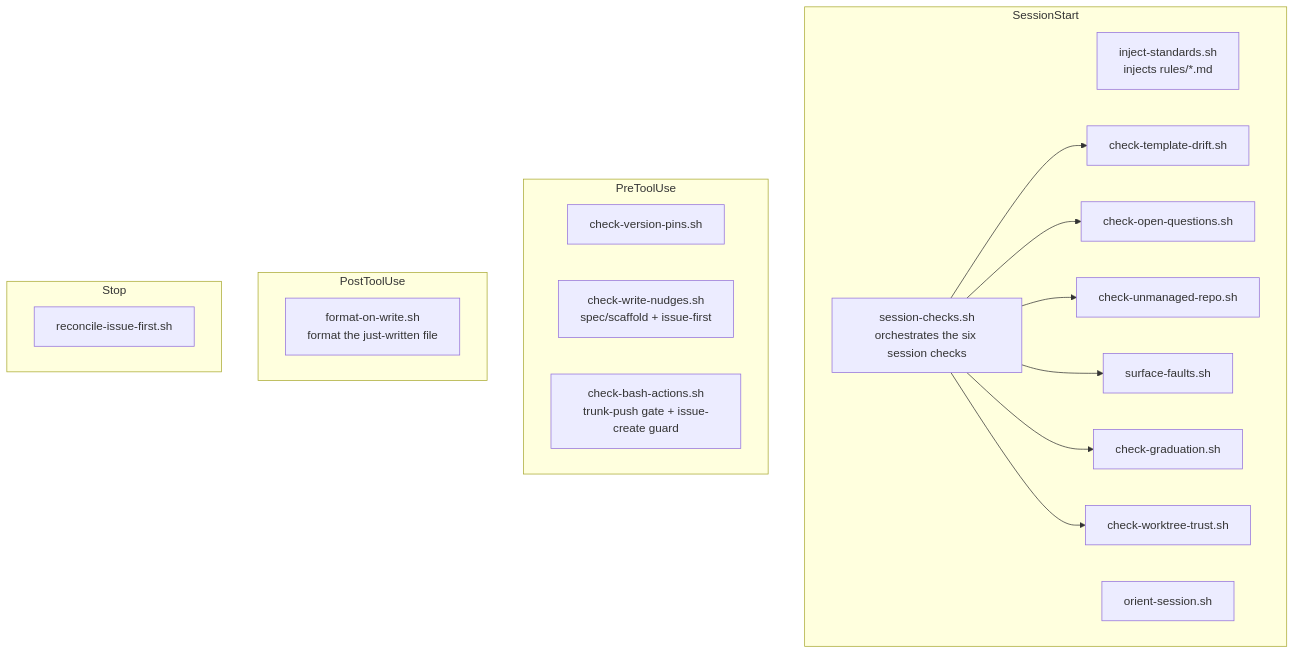
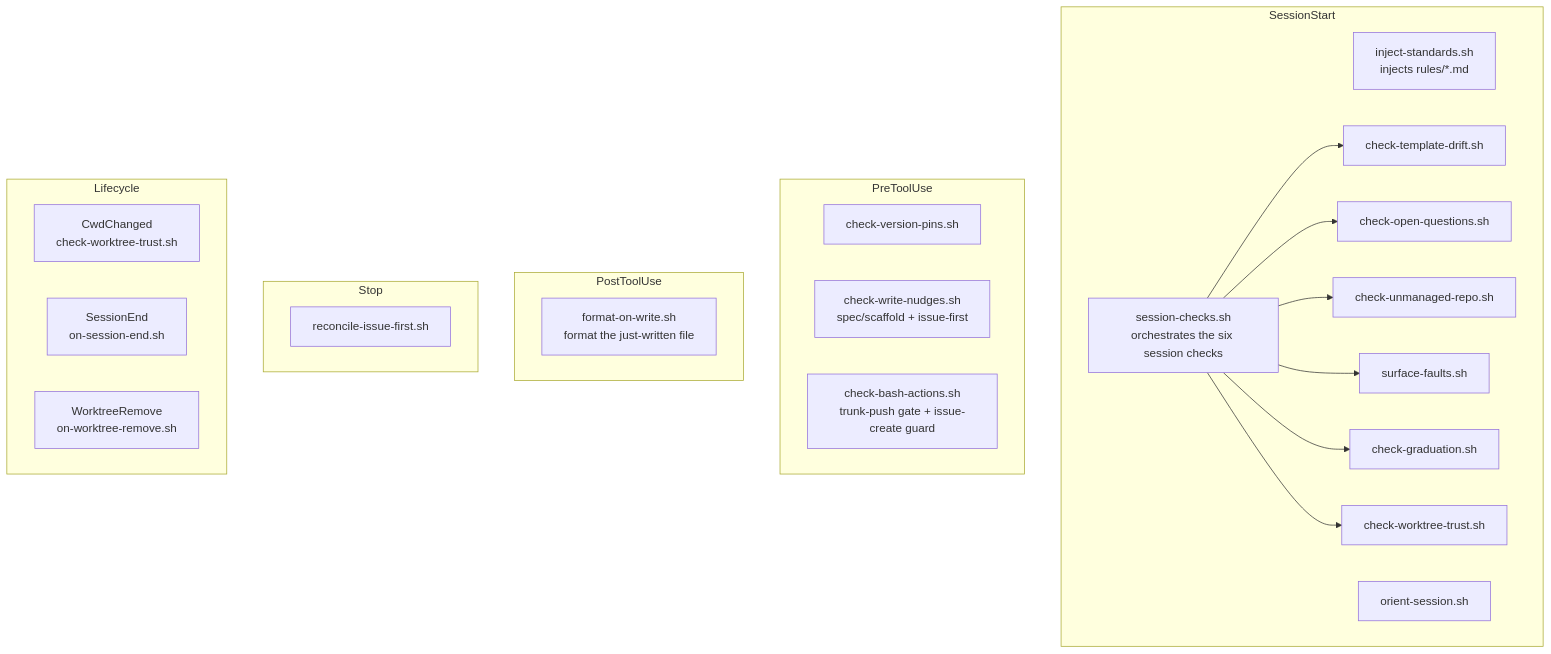
Before and after one commit to element22llc/e22-plugins: the diagram in docs/reference/hooks.md, drawn with Mermaid. The commit also changed other lines of this file and 13 other files, not shown here.

````diff
--- a/docs/reference/hooks.md
+++ b/docs/reference/hooks.md
@@ -42,25 +43,30 @@
 ```mermaid
 flowchart TD
     subgraph SessionStart
       inject[inject-standards.sh<br/>injects rules/*.md]
       checks[session-checks.sh<br/>orchestrates the six session checks]
       orient[orient-session.sh]
       checks --> drift[check-template-drift.sh]
       checks --> oq[check-open-questions.sh]
       checks --> unmanaged[check-unmanaged-repo.sh]
       checks --> faults[surface-faults.sh]
       checks --> grad[check-graduation.sh]
       checks --> wt[check-worktree-trust.sh]
     end
     subgraph PreToolUse
       pins[check-version-pins.sh]
       wn[check-write-nudges.sh<br/>spec/scaffold + issue-first]
       ba[check-bash-actions.sh<br/>trunk-push gate + issue-create guard]
     end
     subgraph PostToolUse
       fmt[format-on-write.sh<br/>format the just-written file]
     end
     subgraph Stop
       reconcile[reconcile-issue-first.sh]
     end
+    subgraph Lifecycle
+      cwd[CwdChanged<br/>check-worktree-trust.sh]
+      send[SessionEnd<br/>on-session-end.sh]
+      wtr[WorktreeRemove<br/>on-worktree-remove.sh]
+    end
 ```
````
